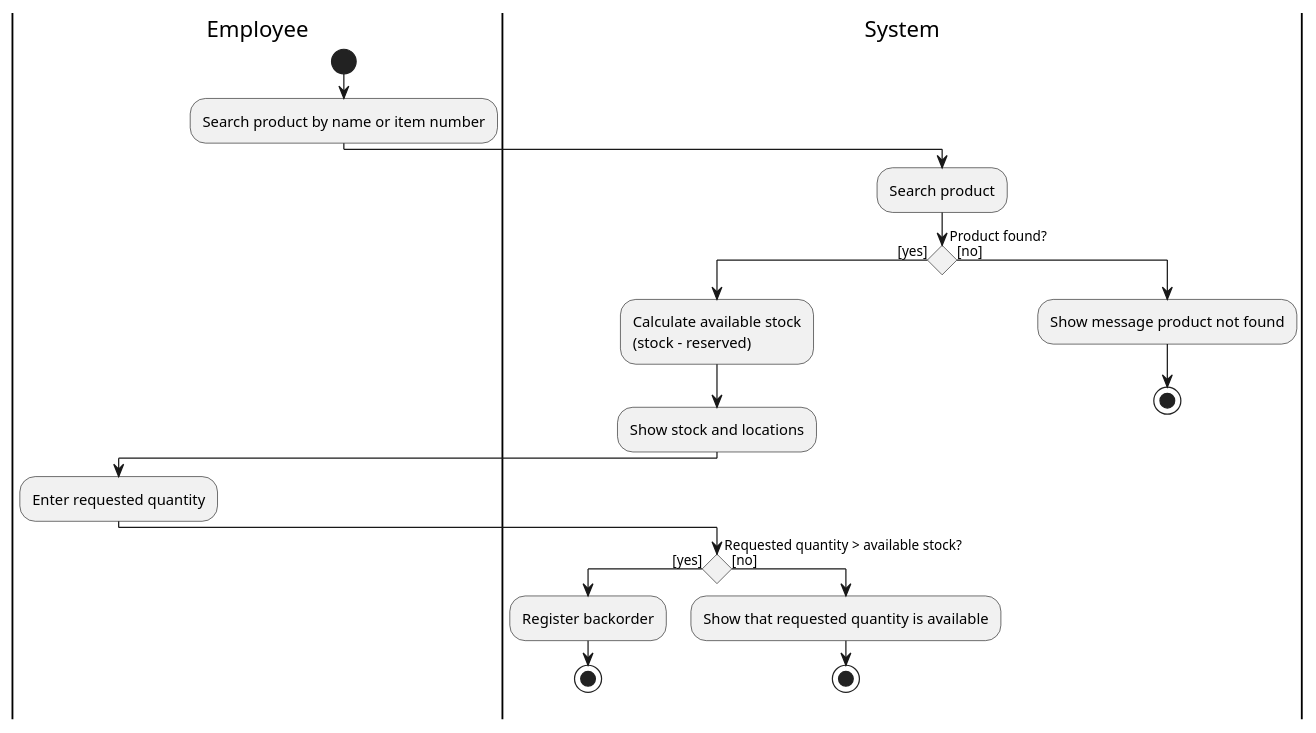
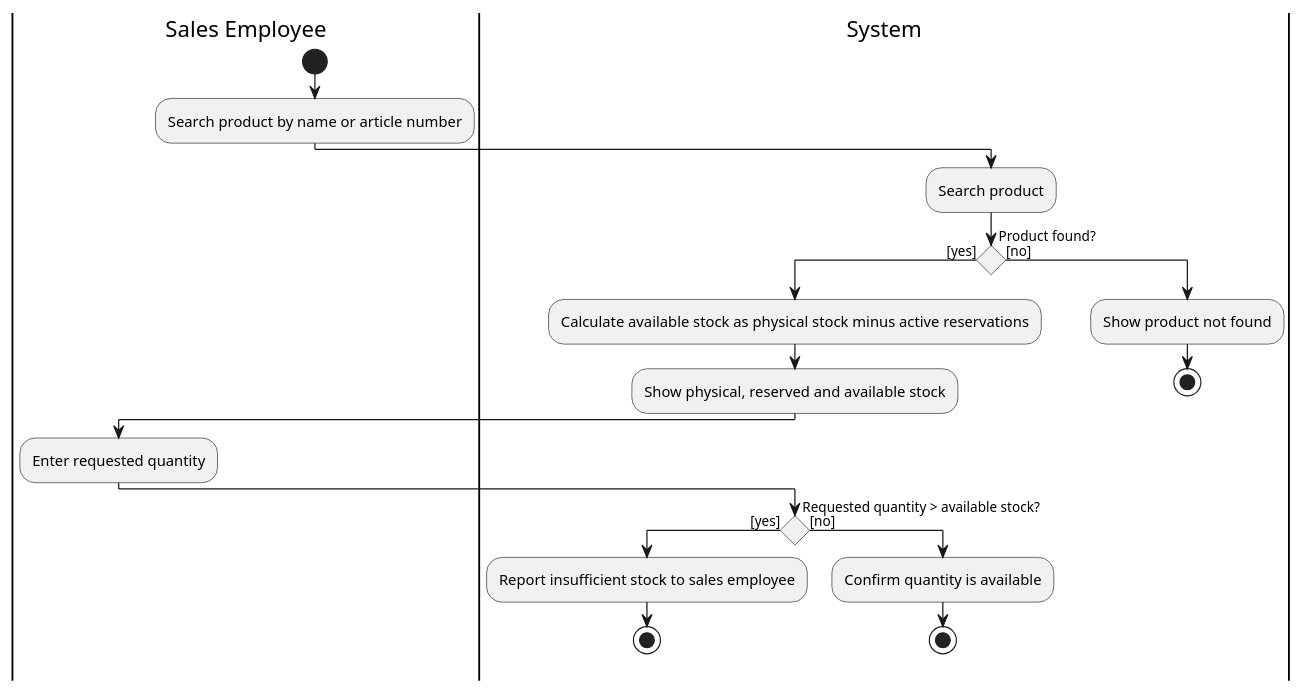
Before and after one commit to ViktorQorri/Project-Timaflu: the diagram in Documentation/Architecture/uml/src/activity_diagrams/AD04_Check_stock.puml, drawn with PlantUML. The commit also changed 2 other files, not shown here.

Commit message:
Align purchasing and stock activity flows with Timaflu case

```diff
--- a/Documentation/Architecture/uml/src/activity_diagrams/AD04_Check_stock.puml
+++ b/Documentation/Architecture/uml/src/activity_diagrams/AD04_Check_stock.puml
@@ -1,29 +1,27 @@
 @startuml
 skinparam conditionStyle diamond
 skinparam ConditionEndStyle diamond
 skinparam ActivityDiamondFontSize 11
-
-|Employee|
+|Sales Employee|
 start
-:Search product by name or item number;
-
+:Search product by name or article number;
 |System|
 :Search product;
 if (Product found?) then ([yes])
-  :Calculate available stock\n(stock - reserved);
-  :Show stock and locations;
-  |Employee|
+  :Calculate available stock as physical stock minus active reservations;
+  :Show physical, reserved and available stock;
+  |Sales Employee|
   :Enter requested quantity;
   |System|
   if (Requested quantity > available stock?) then ([yes])
-    :Register backorder;
+    :Report insufficient stock to sales employee;
     stop
   else ([no])
-    :Show that requested quantity is available;
+    :Confirm quantity is available;
     stop
   endif
 else ([no])
-  :Show message product not found;
+  :Show product not found;
   stop
 endif
 @enduml
```
